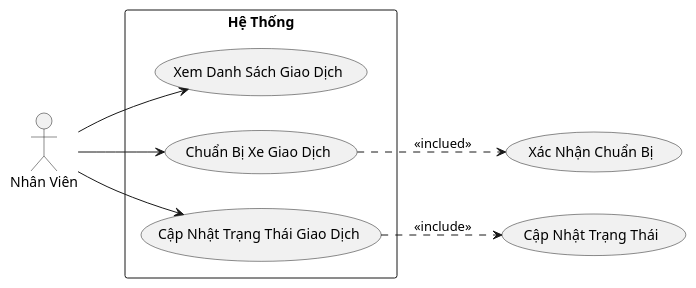
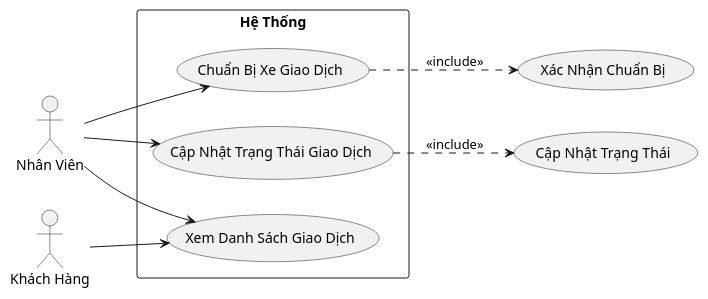
One commit to phutuctran/SE357-Pratice-class changed the diagram in Lab1/Lab1.2/Usecase/UC6.Xử Lý Giao Dịch.plantuml. Above: the diagram before and after it, drawn with PlantUML. The commit also changed 36 other files, not shown here.

First line of the commit message:
Create activity diagrams

```diff
--- a/Lab1/Lab1.2/Usecase/UC6.Xử Lý Giao Dịch.plantuml
+++ b/Lab1/Lab1.2/Usecase/UC6.Xử Lý Giao Dịch.plantuml
@@ -1,16 +1,18 @@
 @startuml
 left to right direction
 actor "Nhân Viên" as employee
+actor "Khách Hàng" as customer
 rectangle "Hệ Thống" {
   usecase "Xem Danh Sách Giao Dịch" as viewTransactions
   usecase "Chuẩn Bị Xe Giao Dịch" as prepareCar
   usecase "Cập Nhật Trạng Thái Giao Dịch" as updateTransactionStatus
 }
 
 employee --> viewTransactions
 employee --> prepareCar 
 employee --> updateTransactionStatus 
+customer --> viewTransactions
 
-prepareCar ..> (Xác Nhận Chuẩn Bị) : <<inclued>>
+prepareCar ..> (Xác Nhận Chuẩn Bị) : <<include>>
 updateTransactionStatus ..> (Cập Nhật Trạng Thái) : <<include>>
 @enduml
```
